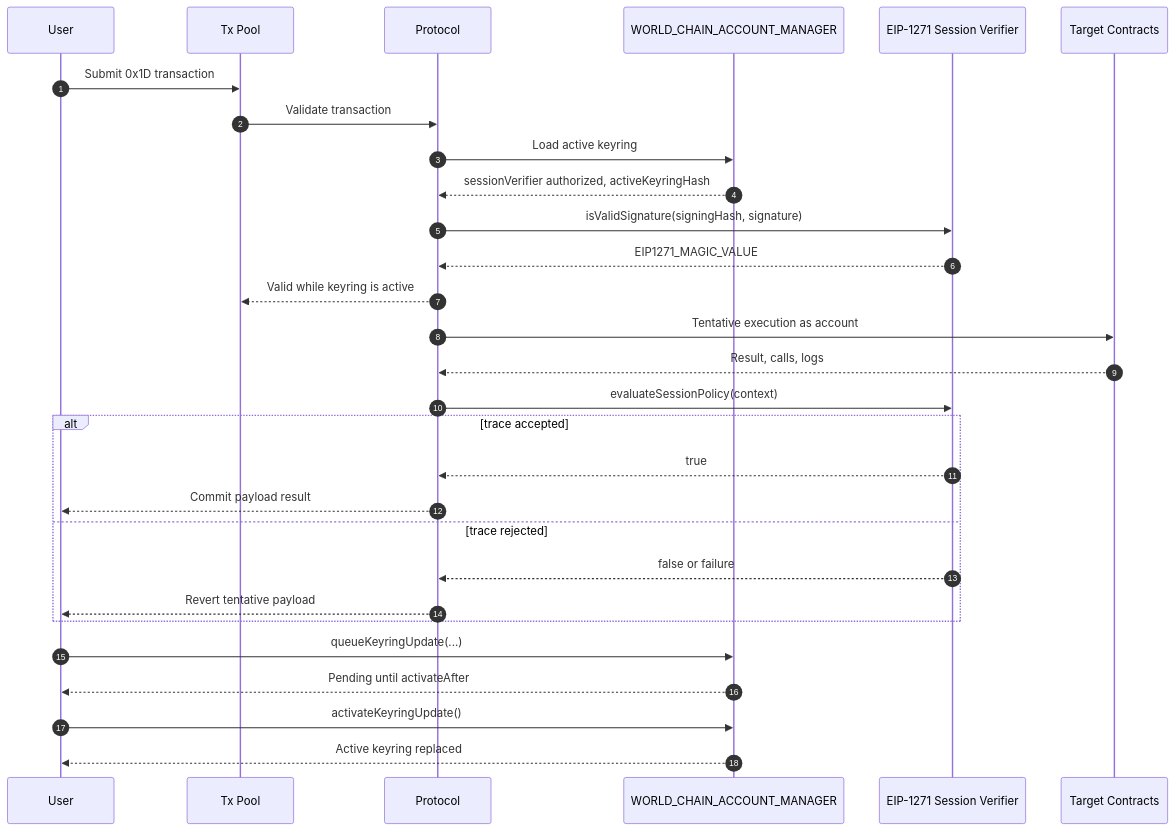
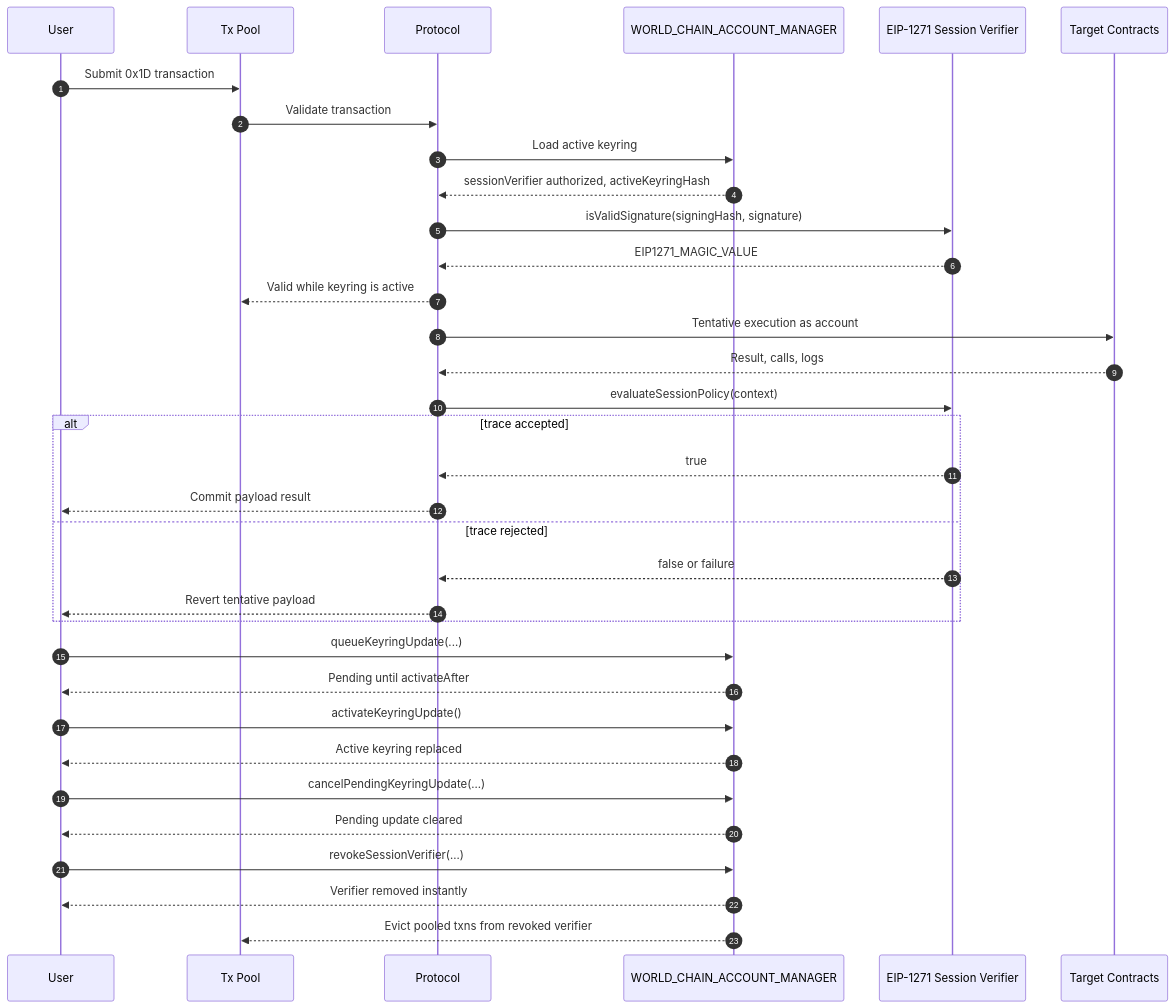
Before and after one commit to worldcoin/world-chain: the diagram in wips/wip-1001.md, drawn with Mermaid. The commit also changed other lines of this file, not shown here.

````diff
--- a/wips/wip-1001.md
+++ b/wips/wip-1001.md
@@ -877,34 +1492,41 @@
 ```mermaid
 sequenceDiagram
     autonumber
     participant User
     participant Pool as Tx Pool
     participant Protocol
     participant Manager as WORLD_CHAIN_ACCOUNT_MANAGER
     participant Signer as EIP-1271 Session Verifier
     participant App as Target Contracts
 
     User->>Pool: Submit 0x1D transaction
     Pool->>Protocol: Validate transaction
     Protocol->>Manager: Load active keyring
     Manager-->>Protocol: sessionVerifier authorized, activeKeyringHash
     Protocol->>Signer: isValidSignature(signingHash, signature)
     Signer-->>Protocol: EIP1271_MAGIC_VALUE
     Protocol-->>Pool: Valid while keyring is active
 
     Protocol->>App: Tentative execution as account
     App-->>Protocol: Result, calls, logs
     Protocol->>Signer: evaluateSessionPolicy(context)
     alt trace accepted
         Signer-->>Protocol: true
         Protocol-->>User: Commit payload result
     else trace rejected
         Signer-->>Protocol: false or failure
         Protocol-->>User: Revert tentative payload
     end
 
     User->>Manager: queueKeyringUpdate(...)
     Manager-->>User: Pending until activateAfter
     User->>Manager: activateKeyringUpdate()
     Manager-->>User: Active keyring replaced
+
+    User->>Manager: cancelPendingKeyringUpdate(...)
+    Manager-->>User: Pending update cleared
+
+    User->>Manager: revokeSessionVerifier(...)
+    Manager-->>User: Verifier removed instantly
+    Manager-->>Pool: Evict pooled txns from revoked verifier
 ```
````
